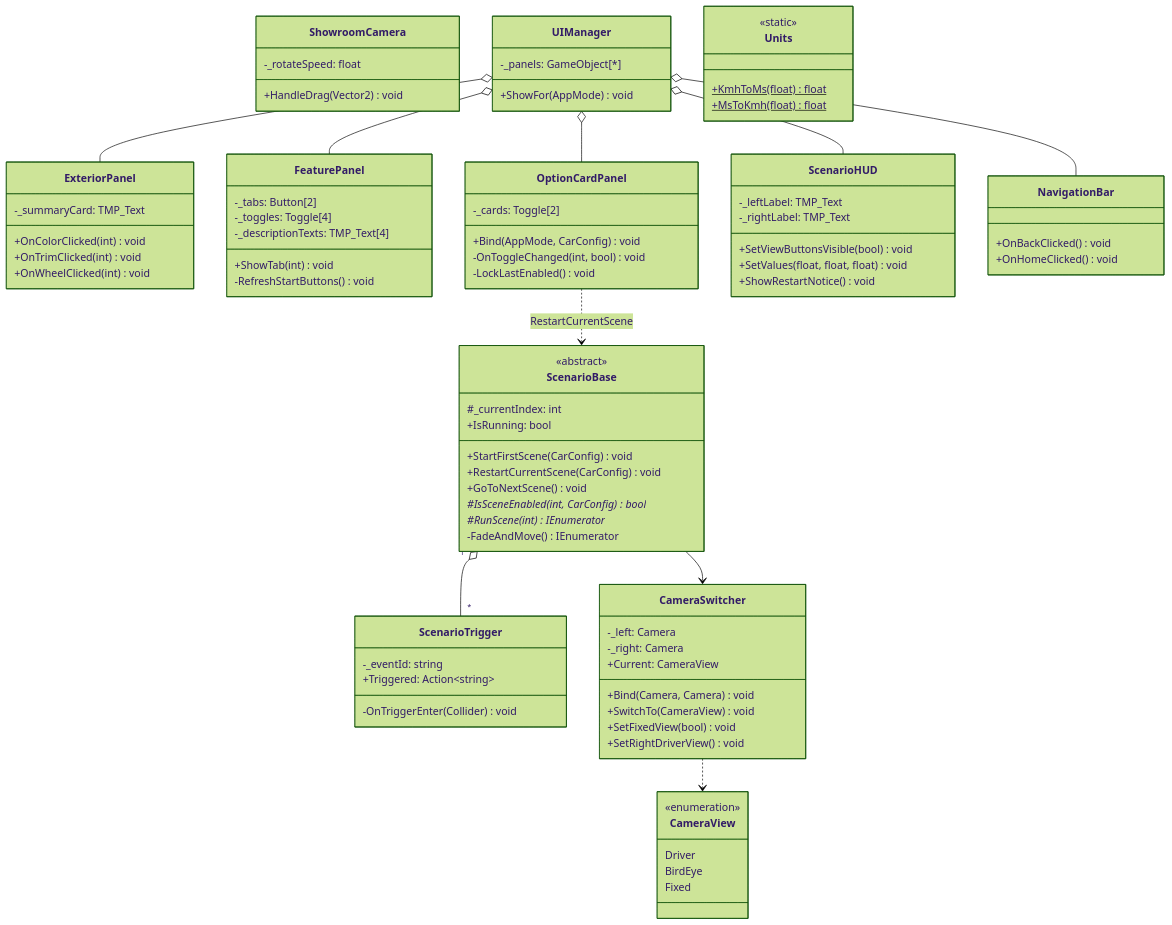
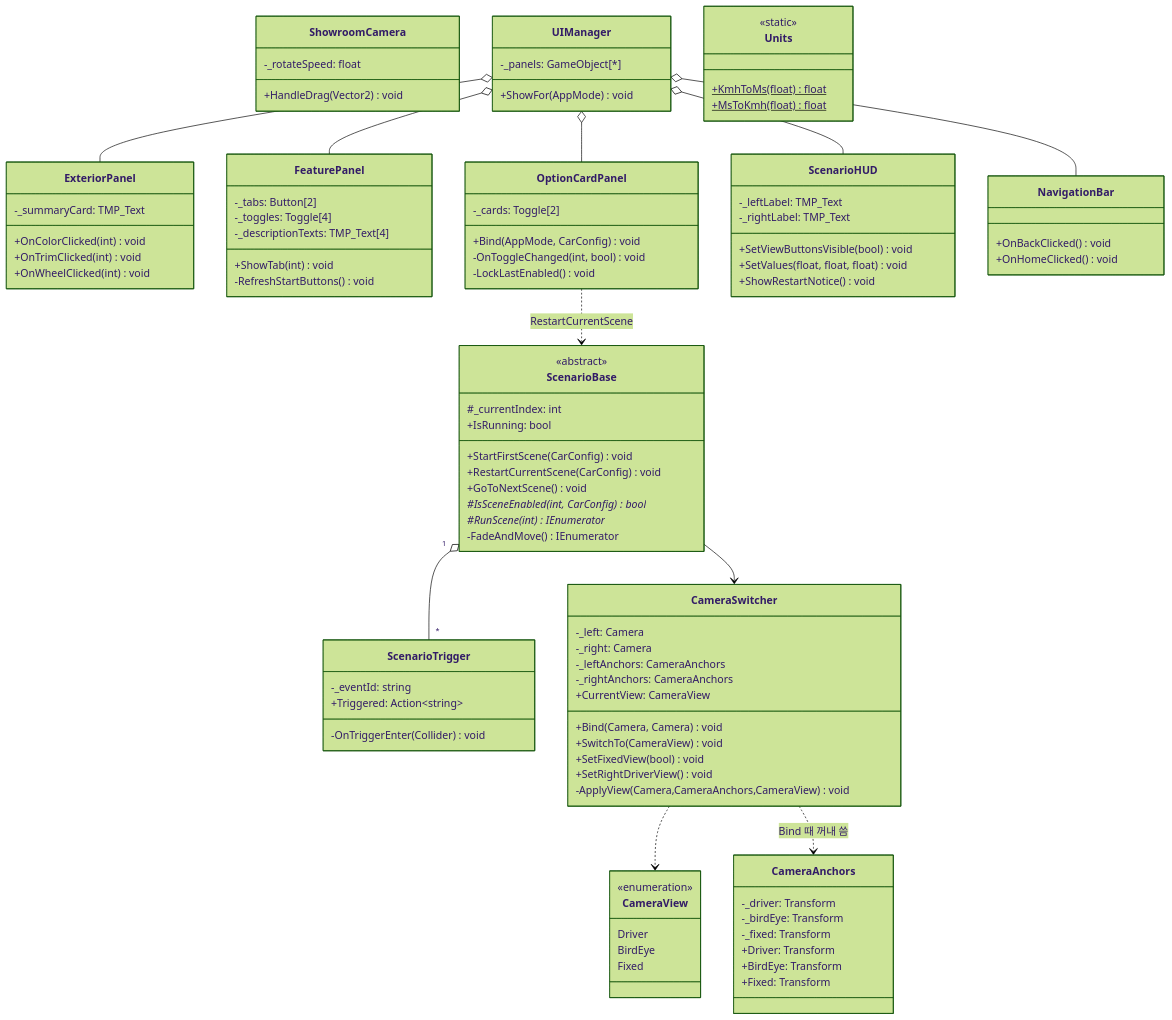
One commit to cuhote/YEYU_CarConfigurator_UnityProject changed the second of 4 diagrams in docs/CLASS_DESIGN.md. Above: the diagram before and after it, drawn with Mermaid (forest theme). The commit also changed other lines of this file, not shown here.

```diff
--- a/docs/CLASS_DESIGN.md
+++ b/docs/CLASS_DESIGN.md
@@ -187,11 +186,22 @@
   class CameraSwitcher {
     -_left: Camera
     -_right: Camera
-    +Current: CameraView
+    -_leftAnchors: CameraAnchors
+    -_rightAnchors: CameraAnchors
+    +CurrentView: CameraView
     +Bind(Camera, Camera) void
     +SwitchTo(CameraView) void
     +SetFixedView(bool) void
     +SetRightDriverView() void
+    -ApplyView(Camera,CameraAnchors,CameraView) void
+  }
+    class CameraAnchors {
+    -_driver: Transform
+    -_birdEye: Transform
+    -_fixed: Transform
+    +Driver: Transform
+    +BirdEye: Transform
+    +Fixed: Transform
   }
   class CameraView {
     <<enumeration>>
@@ -245,6 +255,7 @@
   ScenarioBase "1" o-- "*" ScenarioTrigger
   ScenarioBase --> CameraSwitcher
   CameraSwitcher ..> CameraView
+  CameraSwitcher ..> CameraAnchors : Bind 때 꺼내 씀
   OptionCardPanel ..> ScenarioBase : RestartCurrentScene
   UIManager o-- ExteriorPanel
   UIManager o-- FeaturePanel
```
